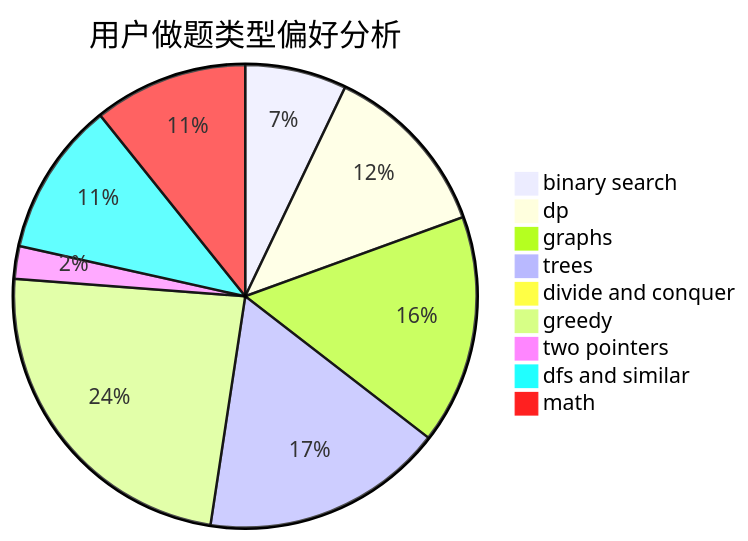
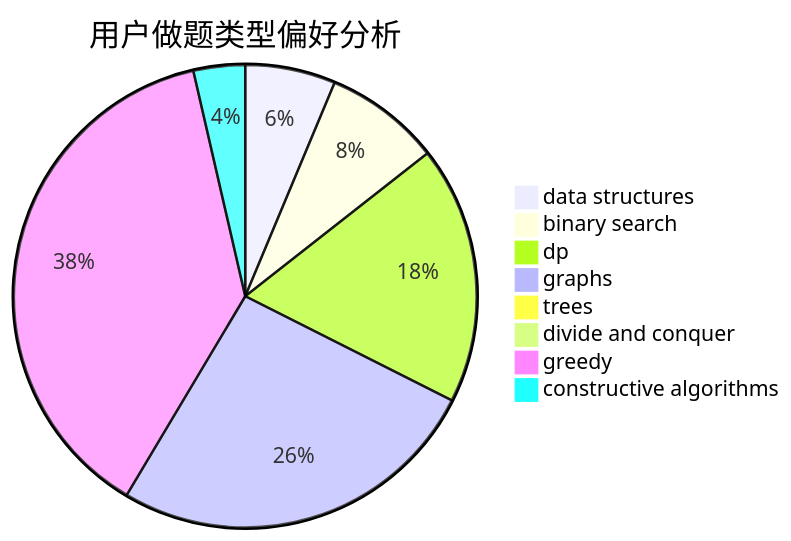
The second of 3 diagrams in docs/user/u2749.md (sherpahu/cfrs.github.io), drawn with Mermaid before and after one commit. The commit also changed other lines of this file and 2775 other files, not shown here.

````diff
--- a/docs/user/u2749.md
+++ b/docs/user/u2749.md
@@ -23,12 +23,11 @@
 ```mermaid
 pie title 用户做题类型偏好分析
-    "binary search" :  31
-    "dp" :  54
-    "graphs" :  70
-    "trees" :  74
+    "data structures" :  7
+    "binary search" :  9
+    "dp" :  20
+    "graphs" :  29
+    "trees" :  0
     "divide and conquer" :  0
-    "greedy" :  104
-    "two pointers" :  10
-    "dfs and similar" :  47
-    "math" :  47
+    "greedy" :  42
+    "constructive algorithms" :  4
 ```
````
